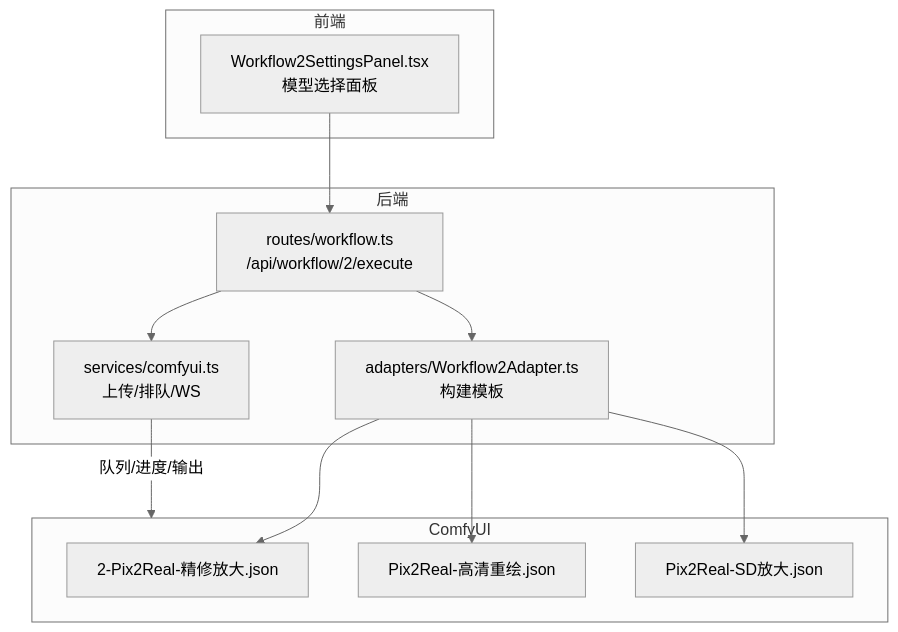
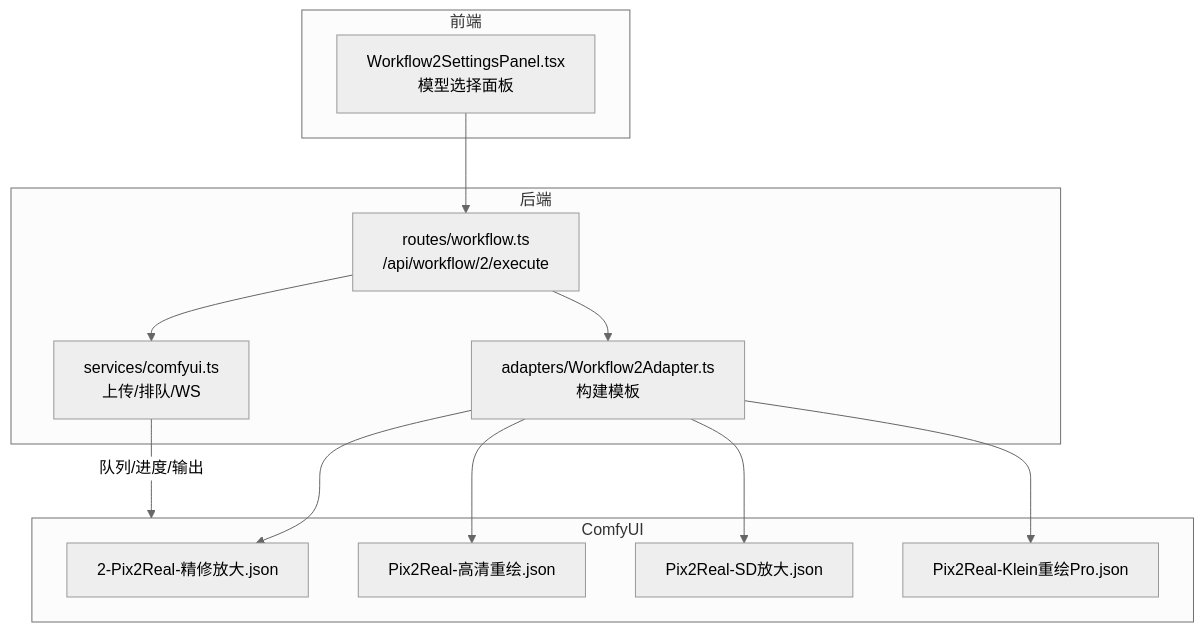
The first of 3 diagrams in .qoder/repowiki/zh/content/API 参考文档/工作流 API/核心工作流 API/精修放大工作流 API.md (billye220670/CorineKit_Pix2Real), drawn with Mermaid (neutral theme) before and after one commit. The commit also changed other lines of this file and 13 other files, not shown here.

````diff
--- a/.qoder/repowiki/zh/content/API 参考文档/工作流 API/核心工作流 API/精修放大工作流 API.md
+++ b/.qoder/repowiki/zh/content/API 参考文档/工作流 API/核心工作流 API/精修放大工作流 API.md
@@ -42,23 +43,25 @@
 ```mermaid
 graph TB
 subgraph "前端"
 UI["Workflow2SettingsPanel.tsx<br/>模型选择面板"]
 end
 subgraph "后端"
 R["routes/workflow.ts<br/>/api/workflow/2/execute"]
 A["adapters/Workflow2Adapter.ts<br/>构建模板"]
 S["services/comfyui.ts<br/>上传/排队/WS"]
 end
 subgraph "ComfyUI"
 T1["2-Pix2Real-精修放大.json"]
 T2["Pix2Real-高清重绘.json"]
 T3["Pix2Real-SD放大.json"]
+T4["Pix2Real-Klein重绘Pro.json"]
 end
 UI --> R
 R --> A
 A --> T1
 A --> T2
 A --> T3
+A --> T4
 R --> S
 S --> |"队列/进度/输出"| ComfyUI
 ```
````
